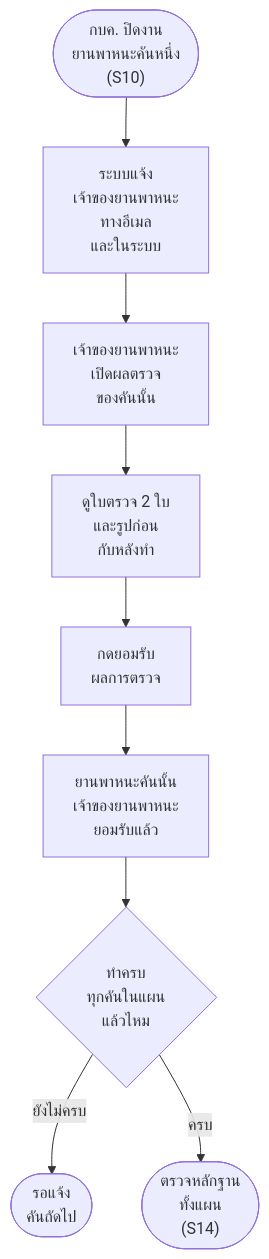
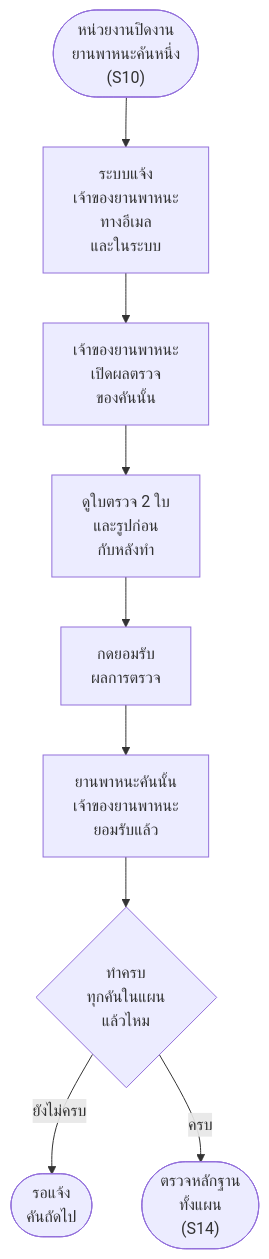
One commit to anugmail/Maintenance-Request-Form changed diagram 14 of 20 in Diagram/01-บำรุงรักษาตามวาระ/27-บำรุงรักษา-flowchart-กิจกรรม.md. Above: the diagram before and after it, drawn with Mermaid. The commit also changed other lines of this file and 7 other files, not shown here.

````diff
--- a/Diagram/01-บำรุงรักษาตามวาระ/27-บำรุงรักษา-flowchart-กิจกรรม.md
+++ b/Diagram/01-บำรุงรักษาตามวาระ/27-บำรุงรักษา-flowchart-กิจกรรม.md
@@ -284,11 +284,11 @@
 ```mermaid
 flowchart TD
-    S(["กบค. ปิดงาน<br/>ยานพาหนะคันหนึ่ง<br/>(S10)"]) --> A1["ระบบแจ้ง<br/>เจ้าของยานพาหนะ<br/>ทางอีเมล<br/>และในระบบ"]
+    S(["หน่วยงานปิดงาน<br/>ยานพาหนะคันหนึ่ง<br/>(S10)"]) --> A1["ระบบแจ้ง<br/>เจ้าของยานพาหนะ<br/>ทางอีเมล<br/>และในระบบ"]
     A1 --> A2["เจ้าของยานพาหนะ<br/>เปิดผลตรวจ<br/>ของคันนั้น"]
     A2 --> A3["ดูใบตรวจ 2 ใบ<br/>และรูปก่อน<br/>กับหลังทำ"]
     A3 --> A4["กดยอมรับ<br/>ผลการตรวจ"]
     A4 --> A5["ยานพาหนะคันนั้น<br/>เจ้าของยานพาหนะ<br/>ยอมรับแล้ว"]
     A5 --> Q1{"ทำครบ<br/>ทุกคันในแผน<br/>แล้วไหม"}
     Q1 -->|ยังไม่ครบ| E1(["รอแจ้ง<br/>คันถัดไป"])
     Q1 -->|ครบ| E2(["ตรวจหลักฐาน<br/>ทั้งแผน<br/>(S14)"])
 ```
````
